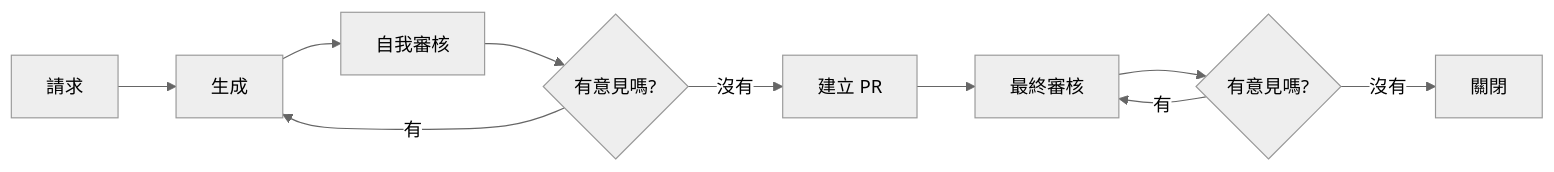
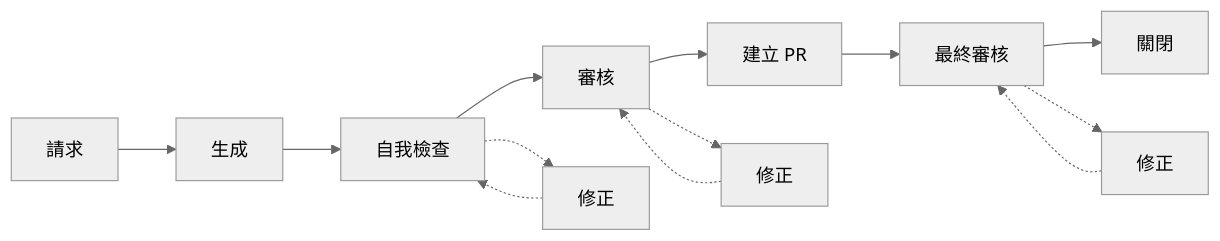
Before and after one commit to prikotov/task-agents-playbook: the first of 3 diagrams in README.zh.md, drawn with Mermaid (neutral theme). The commit also changed other lines of this file and 2 other files, not shown here.

Commit message:
docs: update task setting process from blog article — add Review step, detailed mermaid, intro paragraph

````diff
--- a/README.zh.md
+++ b/README.zh.md
@@ -86,12 +96,19 @@
 ```mermaid
 flowchart LR
-    A[請求] --> B[生成]
-    B --> C[自我審核]
-    C --> D{有意見嗎?}
-    D -->|有| B
-    D -->|沒有| E[建立 PR]
-    E --> F[最終審核]
-    F --> G{有意見嗎?}
-    G -->|有| F
-    G -->|沒有| H[關閉]
+    A["請求"] --> B["生成"]
+    B --> C["自我檢查"]
+
+    C --> D["審核"]
+    C -.-> C1["修正"]
+    C1 -.-> C
+
+    D --> E["建立 PR"]
+    D -.-> D1["修正"]
+    D1 -.-> D
+
+    E --> F["最終審核"]
+
+    F --> G["關閉"]
+    F -.-> F1["修正"]
+    F1 -.-> F
 ```
````
